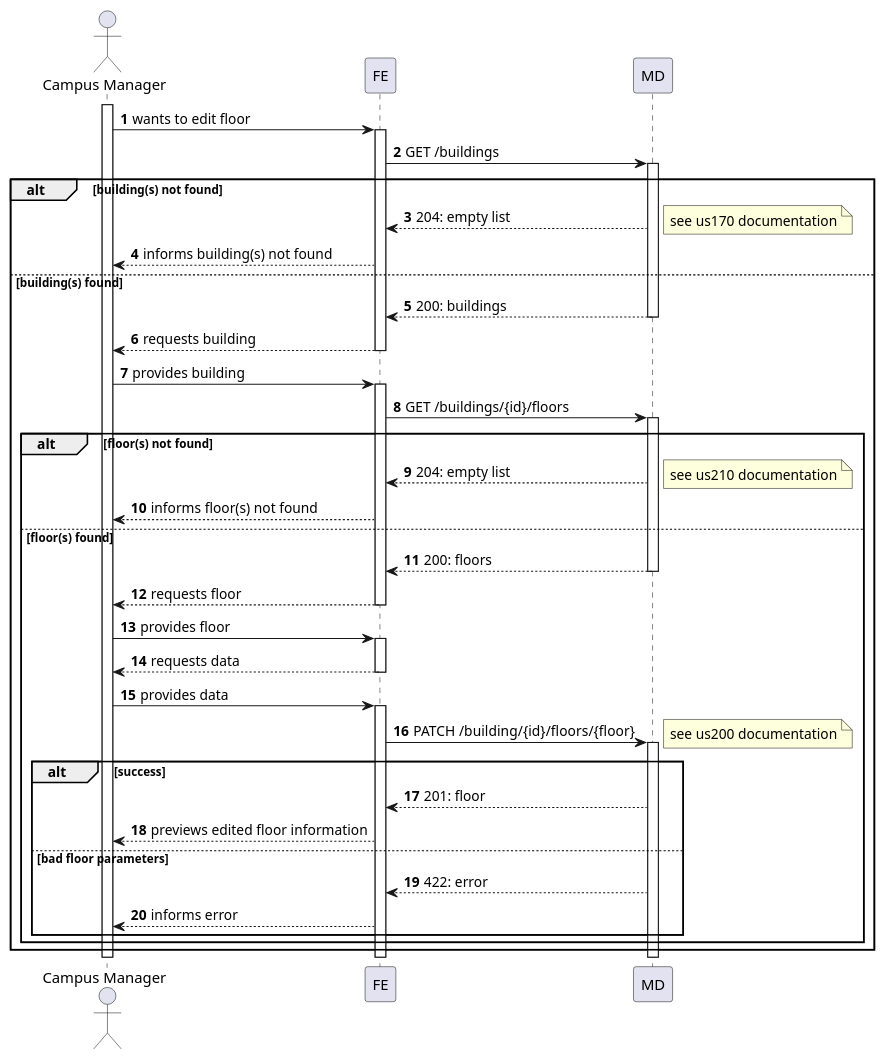
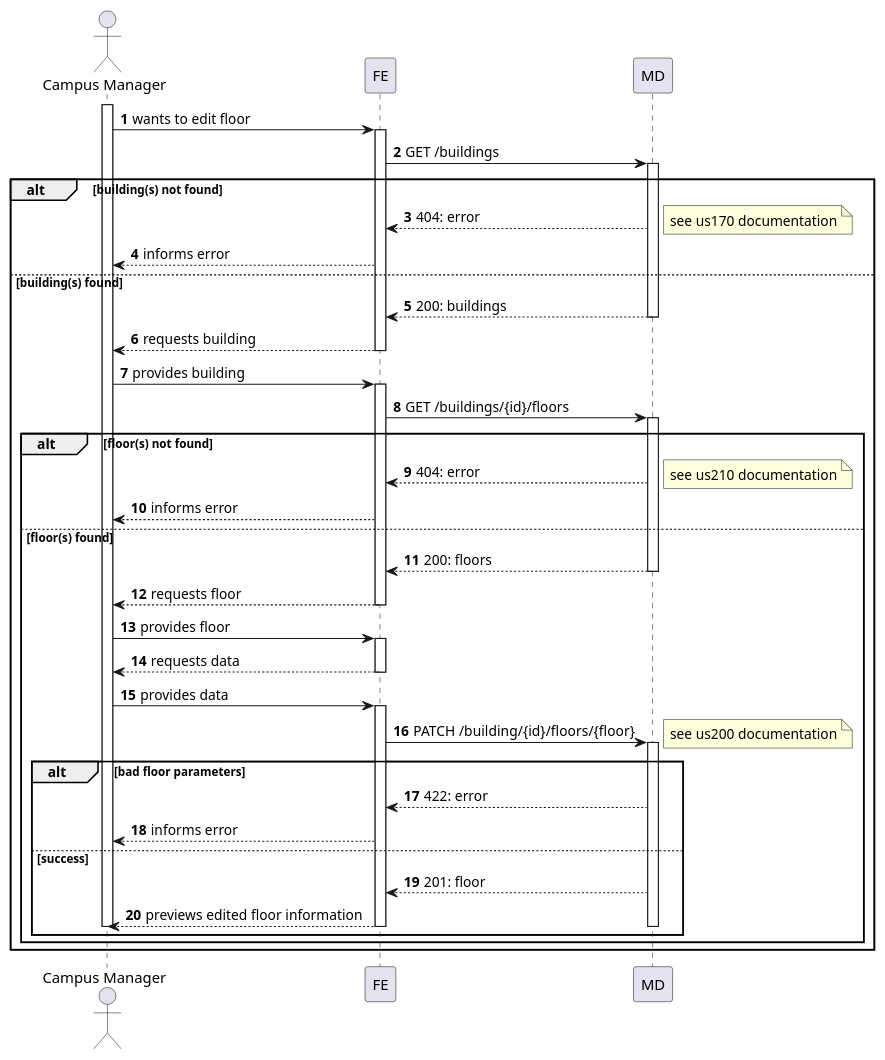
One commit to Departamento-de-Engenharia-Informatica/lapr5-23-24-g19 changed the diagram in docs/us1110/level2/process-view-patch.puml. Above: the diagram before and after it, drawn with PlantUML. The commit also changed 11 other files, not shown here.

```diff
--- a/docs/us1110/level2/process-view-patch.puml
+++ b/docs/us1110/level2/process-view-patch.puml
@@ -1,61 +1,59 @@
 @startuml
 autonumber
 
 actor "Campus Manager" as usr
 
 participant "FE" as ui
 
 participant "MD" as md
 
 activate usr
-usr -> ui : wants to edit floor
+    usr -> ui : wants to edit floor
     activate ui
         ui -> md : GET /buildings
-        alt building(s) not found
-            activate md
-                md --> ui : 204: empty list
-                note right : see us170 documentation
-                ui --> usr : informs building(s) not found
-        else building(s) found
-                md --> ui : 200: buildings
-            deactivate md
-            ui --> usr : requests building
-        deactivate ui
+alt building(s) not found
+        activate md
+            md --> ui : 404: error
+            note right : see us170 documentation
+            ui --> usr : informs error
+else building(s) found
+            md --> ui : 200: buildings
+        deactivate md
+        ui --> usr : requests building
+    deactivate ui
 
-        usr -> ui : provides building
-        activate ui
-            ui -> md : GET /buildings/{id}/floors
-            alt floor(s) not found
-                activate md
-                md --> ui : 204: empty list
-                note right : see us210 documentation
-                ui --> usr : informs floor(s) not found
-            else floor(s) found
-                md --> ui : 200: floors
-            deactivate md
-            ui --> usr : requests floor
-            deactivate ui
-
-            usr -> ui : provides floor
-            activate ui
-            ui --> usr : requests data
-        deactivate ui
-
-        usr -> ui : provides data
-        activate ui
-            ui -> md : PATCH /building/{id}/floors/{floor}
-            activate md
+    usr -> ui : provides building
+    activate ui
+        ui -> md : GET /buildings/{id}/floors
+alt floor(s) not found
+        activate md
+            md --> ui : 404: error
+            note right : see us210 documentation
+            ui --> usr : informs error
+else floor(s) found
+            md --> ui : 200: floors
+        deactivate md
+        ui --> usr : requests floor
+    deactivate ui
+    usr -> ui : provides floor
+    activate ui
+        ui --> usr : requests data
+    deactivate ui
+    usr -> ui : provides data
+    activate ui
+        ui -> md : PATCH /building/{id}/floors/{floor}
+        activate md
             note right : see us200 documentation
-                alt success
-                    md --> ui : 201: floor
-                    ui --> usr : previews edited floor information
-                else bad floor parameters
-                    md --> ui : 422: error
-                    ui --> usr : informs error
-                end
-        end
-    end
+alt bad floor parameters
+            md --> ui : 422: error
+            ui --> usr : informs error
+else success
+            md --> ui : 201: floor
+            ui --> usr : previews edited floor information
         deactivate md
     deactivate ui
 deactivate usr
+end
+end
+end
 @enduml
```
